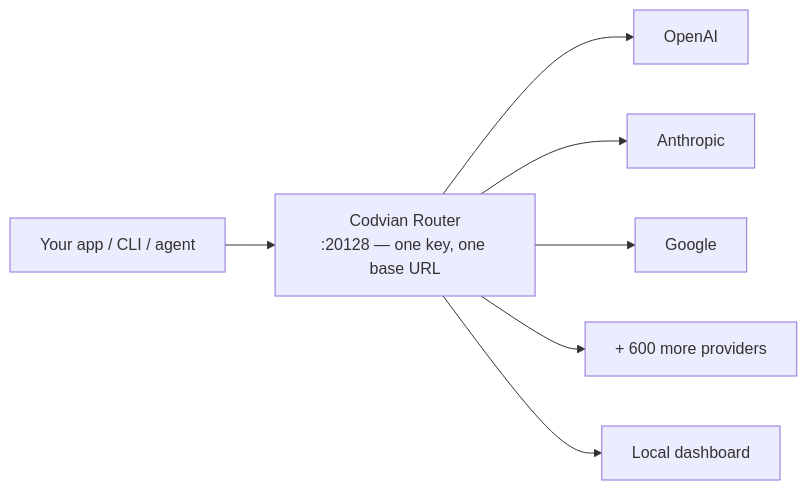
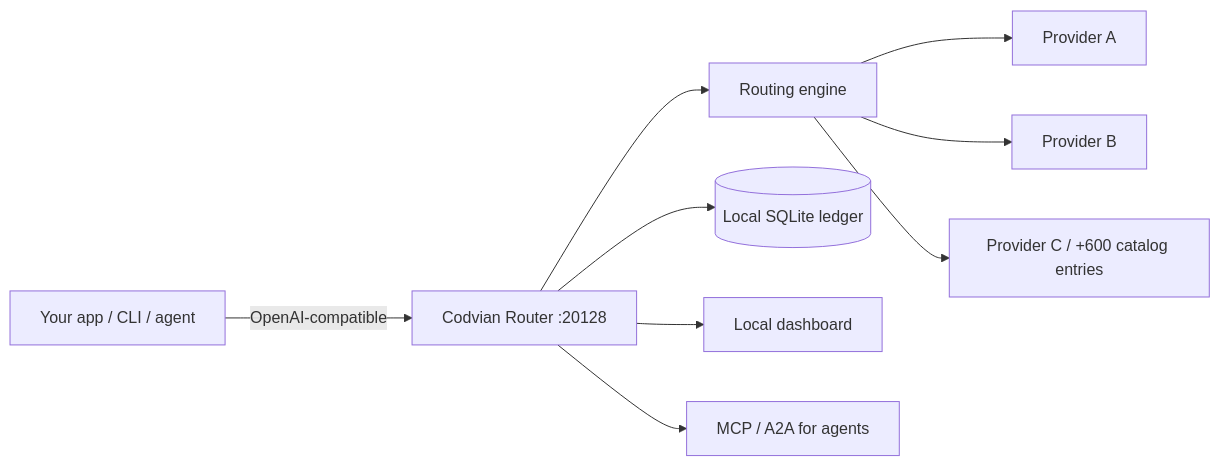
One commit to raunakiitp/CodvianRouter changed the diagram in README.md. Above: the diagram before and after it, drawn with Mermaid. The commit also changed other lines of this file and 4 other files, not shown here.

````diff
--- a/README.md
+++ b/README.md
@@ -147,9 +106,11 @@
 ```mermaid
 flowchart LR
-    A[Your app / CLI / agent] --> B[Codvian Router\n:20128 — one key, one base URL]
-    B --> C[OpenAI]
-    B --> D[Anthropic]
-    B --> E[Google]
-    B --> F[+ 600 more providers]
-    B --> G[Local dashboard]
+    A[Your app / CLI / agent] -->|OpenAI-compatible| B[Codvian Router :20128]
+    B --> R[Routing engine]
+    R --> P1[Provider A]
+    R --> P2[Provider B]
+    R --> P3[Provider C / +600 catalog entries]
+    B --> L[(Local SQLite ledger)]
+    B --> D[Local dashboard]
+    B --> M[MCP / A2A for agents]
 ```
````
